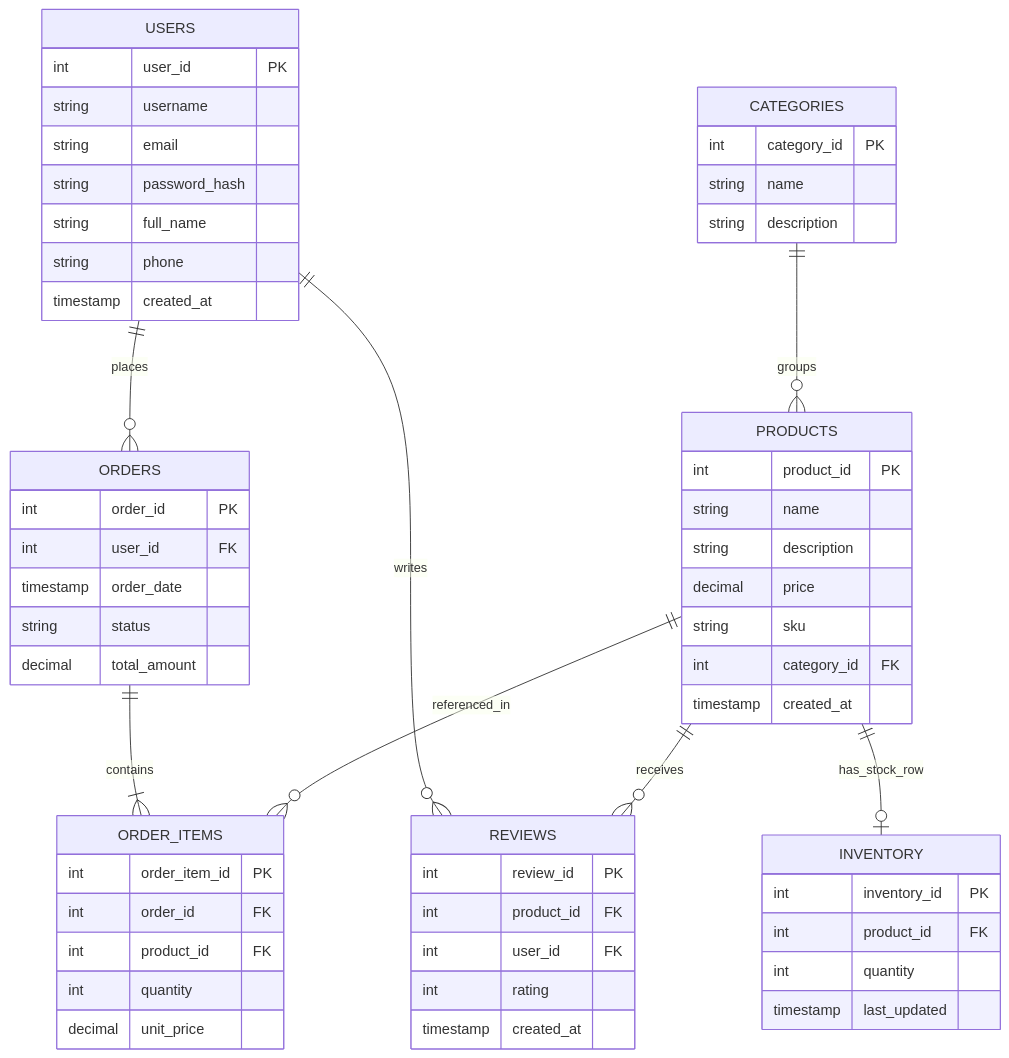
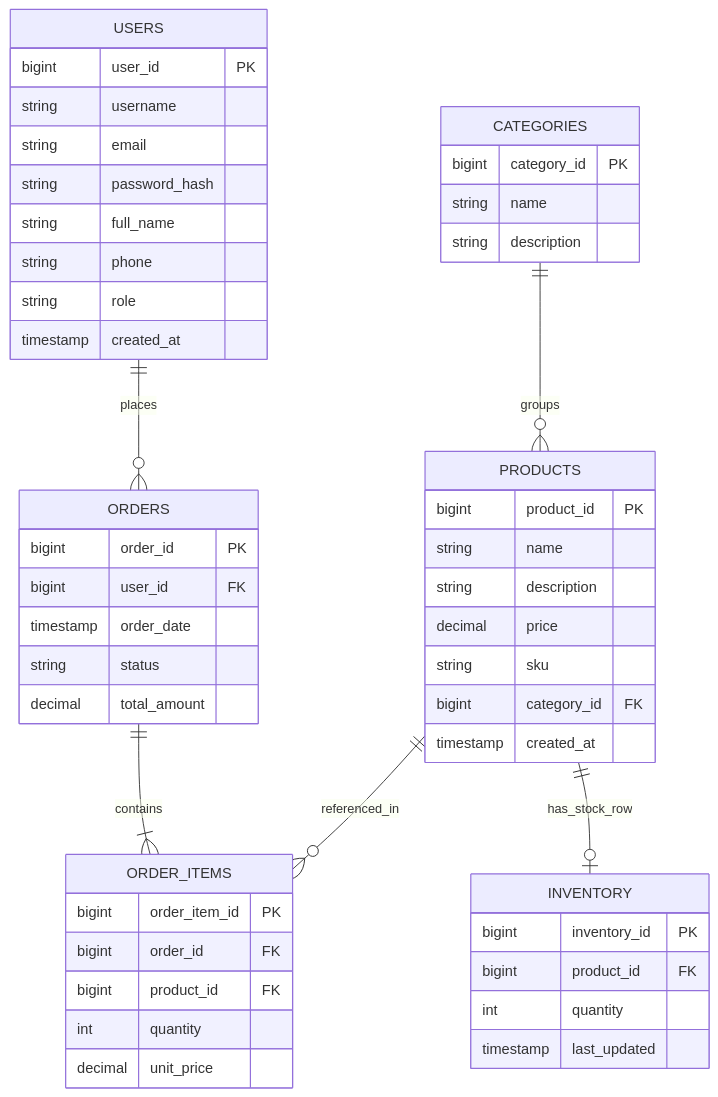
Before and after one commit to g1kdo/ecommerce-system: the diagram in README.md, drawn with Mermaid. The commit also changed other lines of this file and 3 other files, not shown here.

````diff
--- a/README.md
+++ b/README.md
@@ -51,67 +249,53 @@
 ```mermaid
 erDiagram
   USERS {
-    int user_id PK
+    bigint user_id PK
     string username
     string email
     string password_hash
     string full_name
     string phone
+    string role
     timestamp created_at
   }
-
   CATEGORIES {
-    int category_id PK
+    bigint category_id PK
     string name
     string description
   }
-
   PRODUCTS {
-    int product_id PK
+    bigint product_id PK
     string name
     string description
     decimal price
     string sku
-    int category_id FK
+    bigint category_id FK
     timestamp created_at
   }
-
   INVENTORY {
-    int inventory_id PK
-    int product_id FK
+    bigint inventory_id PK
+    bigint product_id FK
     int quantity
     timestamp last_updated
   }
-
   ORDERS {
-    int order_id PK
-    int user_id FK
+    bigint order_id PK
+    bigint user_id FK
     timestamp order_date
     string status
     decimal total_amount
   }
-
   ORDER_ITEMS {
-    int order_item_id PK
-    int order_id FK
-    int product_id FK
+    bigint order_item_id PK
+    bigint order_id FK
+    bigint product_id FK
     int quantity
     decimal unit_price
-  }
-
-  REVIEWS {
-    int review_id PK
-    int product_id FK
-    int user_id FK
-    int rating
-    timestamp created_at
   }
 
   USERS ||--o{ ORDERS : places
   ORDERS ||--|{ ORDER_ITEMS : contains
   PRODUCTS ||--o{ ORDER_ITEMS : referenced_in
   CATEGORIES ||--o{ PRODUCTS : groups
   PRODUCTS ||--o| INVENTORY : has_stock_row
-  USERS ||--o{ REVIEWS : writes
-  PRODUCTS ||--o{ REVIEWS : receives
 ```
````
